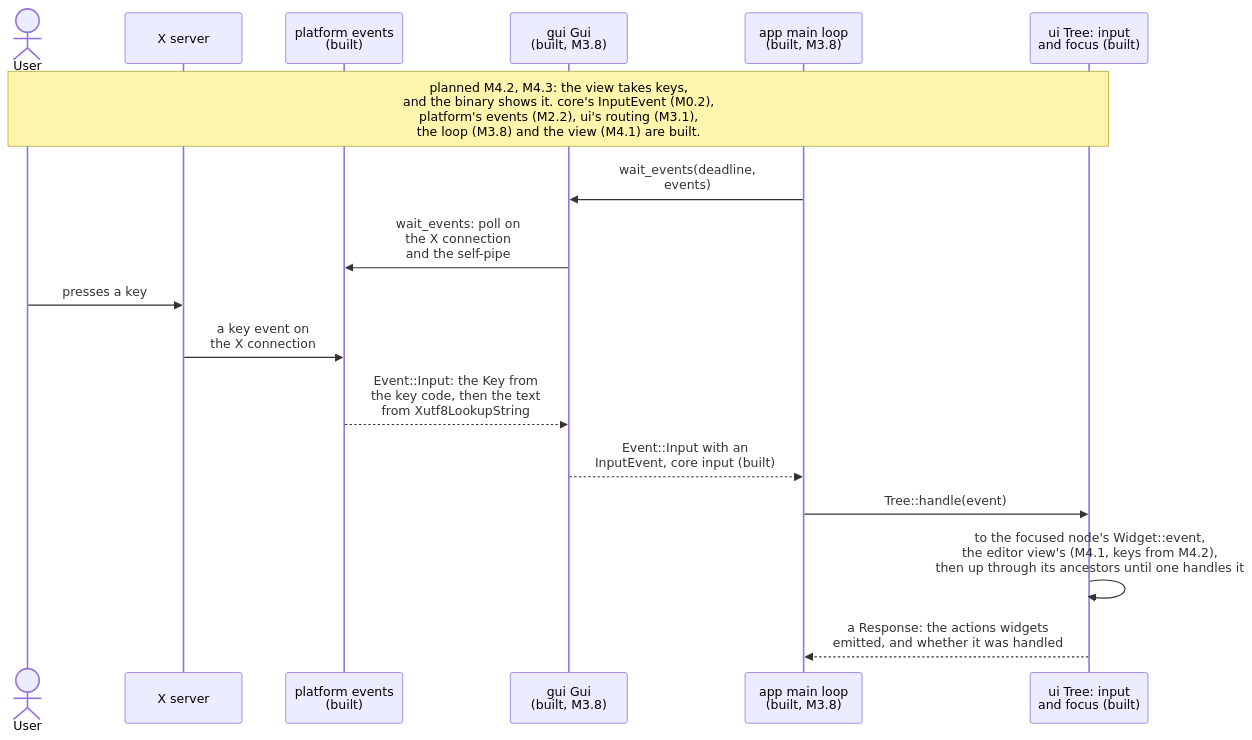
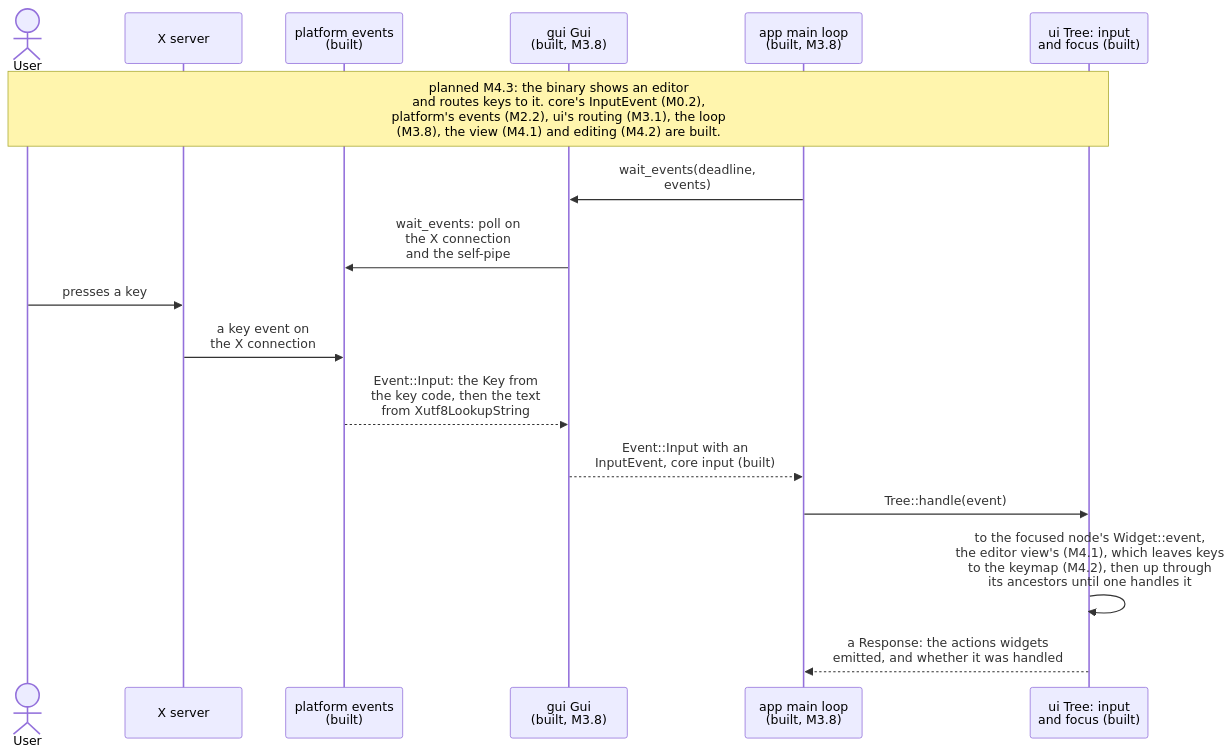
One commit to jabbott-iii/Tidepool changed diagram 12 of 24 in diagrams/sequence-diagrams.md. Above: the diagram before and after it, drawn with Mermaid. The commit also changed other lines of this file and 38 other files, not shown here.

First line of the commit message:
feat(editor,text): editing commands, multi-cursor, undo and clipboard (M4.2)

````diff
--- a/diagrams/sequence-diagrams.md
+++ b/diagrams/sequence-diagrams.md
@@ -661,20 +663,20 @@
 ```mermaid
 sequenceDiagram
     actor User
     participant Disp as X server
     participant Plat as platform events<br/>(built)
     participant Fe as gui Gui<br/>(built, M3.8)
     participant ML as app main loop<br/>(built, M3.8)
     participant Ui as ui Tree: input<br/>and focus (built)
 
-    Note over User,Ui: planned M4.2, M4.3: the view takes keys,<br/>and the binary shows it. core's InputEvent (M0.2),<br/>platform's events (M2.2), ui's routing (M3.1),<br/>the loop (M3.8) and the view (M4.1) are built.
+    Note over User,Ui: planned M4.3: the binary shows an editor<br/>and routes keys to it. core's InputEvent (M0.2),<br/>platform's events (M2.2), ui's routing (M3.1), the loop<br/>(M3.8), the view (M4.1) and editing (M4.2) are built.
     ML->>Fe: wait_events(deadline,<br/>events)
     Fe->>Plat: wait_events: poll on<br/>the X connection<br/>and the self-pipe
     User->>Disp: presses a key
     Disp->>Plat: a key event on<br/>the X connection
     Plat-->>Fe: Event::Input: the Key from<br/>the key code, then the text<br/>from Xutf8LookupString
     Fe-->>ML: Event::Input with an<br/>InputEvent, core input (built)
     ML->>Ui: Tree::handle(event)
-    Ui->>Ui: to the focused node's Widget::event,<br/>the editor view's (M4.1, keys from M4.2),<br/>then up through its ancestors until one handles it
+    Ui->>Ui: to the focused node's Widget::event,<br/>the editor view's (M4.1), which leaves keys<br/>to the keymap (M4.2), then up through<br/>its ancestors until one handles it
     Ui-->>ML: a Response: the actions widgets<br/>emitted, and whether it was handled
 ```
````
